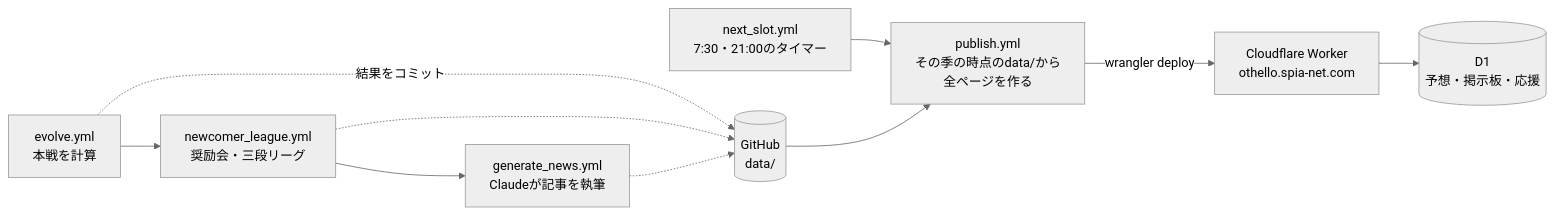
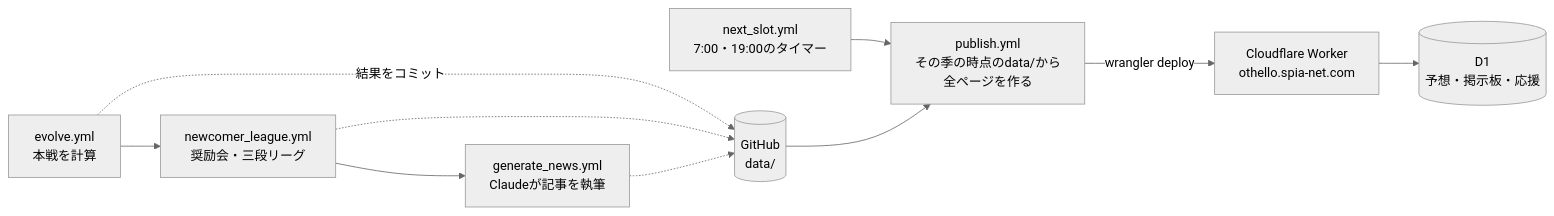
Before and after one commit to tikaakat/othello-league: the diagram in README.md, drawn with Mermaid (neutral theme). The commit also changed other lines of this file and 8 other files, not shown here.

````diff
--- a/README.md
+++ b/README.md
@@ -13,12 +13,12 @@
 ```mermaid
 flowchart LR
   E[evolve.yml<br/>本戦を計算] --> N[newcomer_league.yml<br/>奨励会・三段リーグ]
   N --> G[generate_news.yml<br/>Claudeが記事を執筆]
   E -.結果をコミット.-> R[(GitHub<br/>data/)]
   N -.-> R
   G -.-> R
-  T[next_slot.yml<br/>7:30・21:00のタイマー] --> P[publish.yml<br/>その季の時点のdata/から<br/>全ページを作る]
+  T[next_slot.yml<br/>7:00・19:00のタイマー] --> P[publish.yml<br/>その季の時点のdata/から<br/>全ページを作る]
   R --> P
   P -->|wrangler deploy| C[Cloudflare Worker<br/>othello.spia-net.com]
   C --> D1[(D1<br/>予想・掲示板・応援)]
 ```
````
